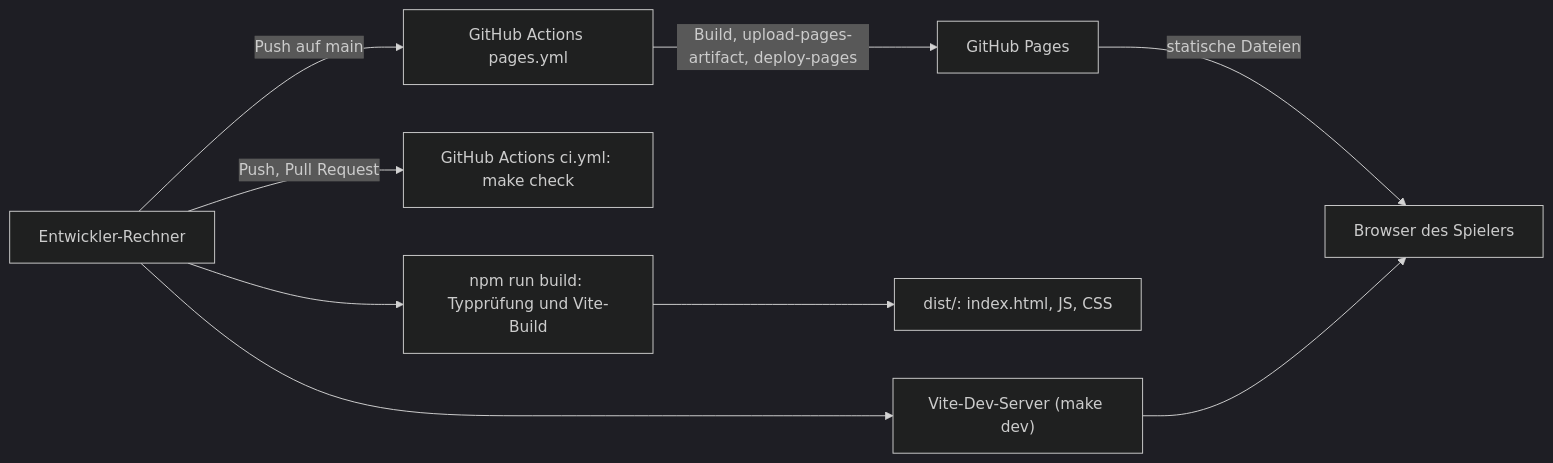
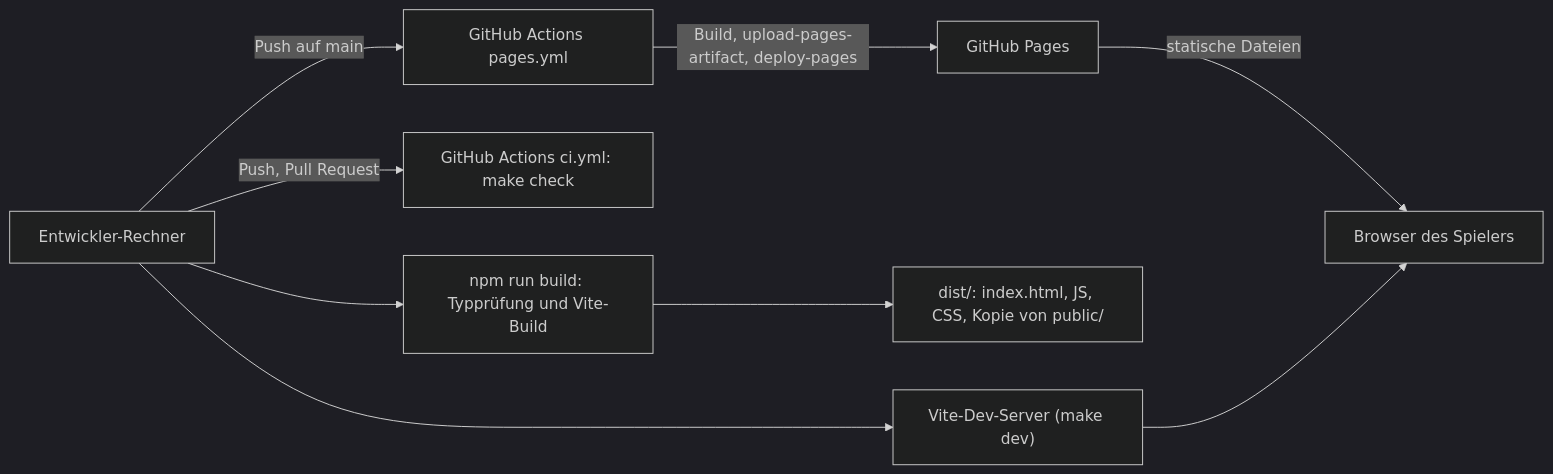
One commit to konstantinniedermann/Inselreich changed the seventh of 8 diagrams in docs/arc42.md. Above: the diagram before and after it, drawn with Mermaid (dark theme). The commit also changed other lines of this file and 2 other files, not shown here.

````diff
--- a/docs/arc42.md
+++ b/docs/arc42.md
@@ -284,18 +372,18 @@
 ```mermaid
 flowchart LR
   Dev["Entwickler-Rechner"]
   Vite["Vite-Dev-Server (make dev)"]
   Build["npm run build: Typprüfung und Vite-Build"]
-  Dist["dist/: index.html, JS, CSS"]
+  Dist["dist/: index.html, JS, CSS, Kopie von public/"]
   CI["GitHub Actions ci.yml: make check"]
   Pages["GitHub Actions pages.yml"]
   GHP["GitHub Pages"]
   Browser["Browser des Spielers"]
   Dev --> Vite
   Dev --> Build --> Dist
   Dev -->|"Push, Pull Request"| CI
   Dev -->|"Push auf main"| Pages
   Pages -->|"Build, upload-pages-artifact, deploy-pages"| GHP
   GHP -->|"statische Dateien"| Browser
   Vite --> Browser
 ```
````
